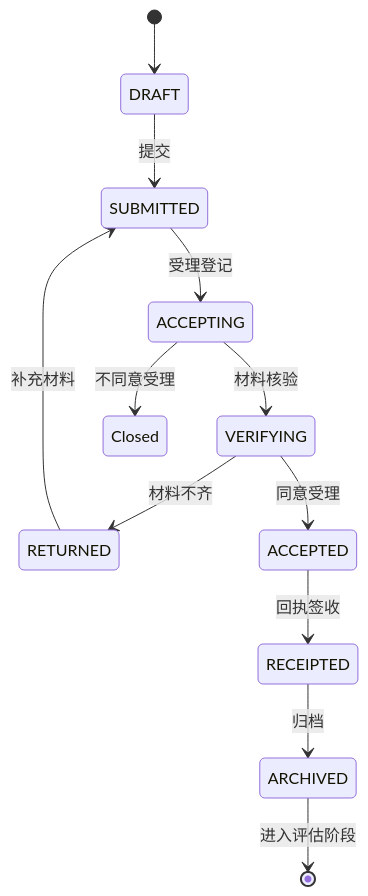
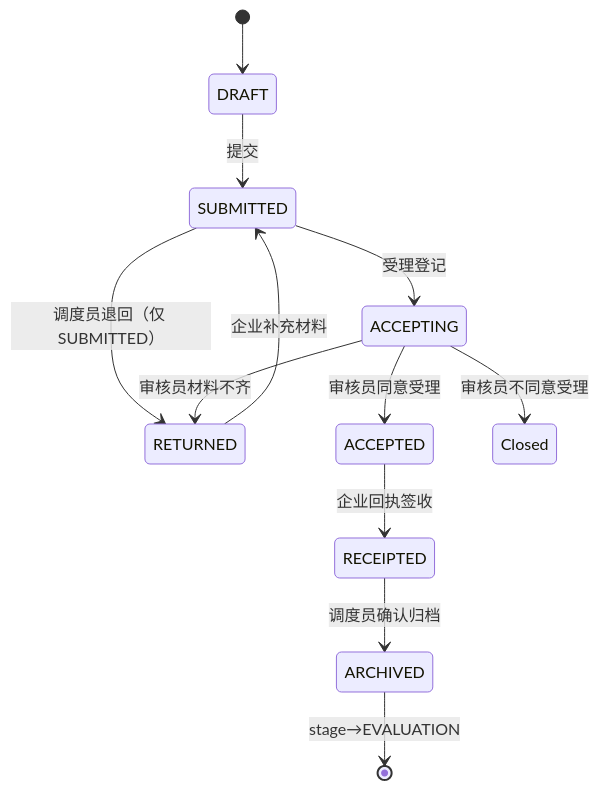
The third of 3 diagrams in 分工/代码编写文档.md (YmrHH/zhongshi-bishe), drawn with Mermaid before and after one commit. The commit also changed other lines of this file and 90 other files, not shown here.

````diff
--- a/分工/代码编写文档.md
+++ b/分工/代码编写文档.md
@@ -353,14 +388,14 @@
 ```mermaid
 stateDiagram-v2
   [*] --> DRAFT
   DRAFT --> SUBMITTED: 提交
   SUBMITTED --> ACCEPTING: 受理登记
-  ACCEPTING --> VERIFYING: 材料核验
-  VERIFYING --> RETURNED: 材料不齐
-  RETURNED --> SUBMITTED: 补充材料
-  VERIFYING --> ACCEPTED: 同意受理
-  ACCEPTED --> RECEIPTED: 回执签收
-  RECEIPTED --> ARCHIVED: 归档
-  ARCHIVED --> [*]: 进入评估阶段
-  ACCEPTING --> Closed: 不同意受理
+  SUBMITTED --> RETURNED: 调度员退回（仅 SUBMITTED）
+  ACCEPTING --> RETURNED: 审核员材料不齐
+  RETURNED --> SUBMITTED: 企业补充材料
+  ACCEPTING --> ACCEPTED: 审核员同意受理
+  ACCEPTING --> Closed: 审核员不同意受理
+  ACCEPTED --> RECEIPTED: 企业回执签收
+  RECEIPTED --> ARCHIVED: 调度员确认归档
+  ARCHIVED --> [*]: stage→EVALUATION
 ```
````
